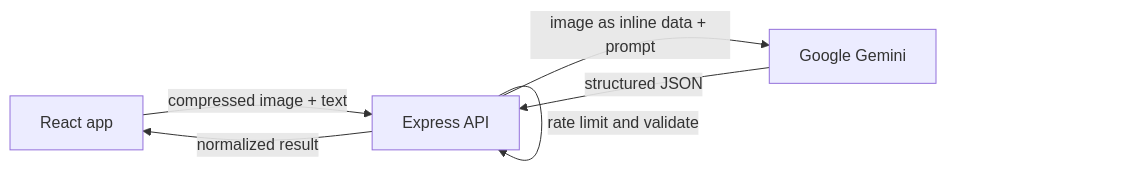
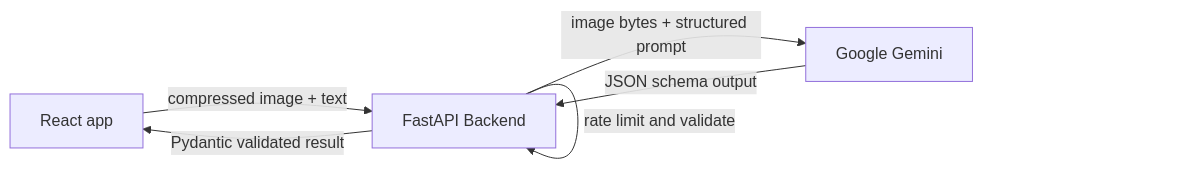
The diagram in README.md (AnandPabbineedi/smart-meal-analyzer), drawn with Mermaid before and after one commit. The commit also changed other lines of this file and 36 other files, not shown here.

Commit message:
Refactor backend from Node.js to modern Python FastAPI with Pydantic v2 and pytest

````diff
--- a/README.md
+++ b/README.md
@@ -20,8 +20,8 @@
 ```mermaid
 flowchart LR
-    A[React app] -->|compressed image + text| B[Express API]
+    A[React app] -->|compressed image + text| B[FastAPI Backend]
     B -->|rate limit and validate| B
-    B -->|image as inline data + prompt| C[Google Gemini]
-    C -->|structured JSON| B
-    B -->|normalized result| A
+    B -->|image bytes + structured prompt| C[Google Gemini]
+    C -->|JSON schema output| B
+    B -->|Pydantic validated result| A
 ```
````
